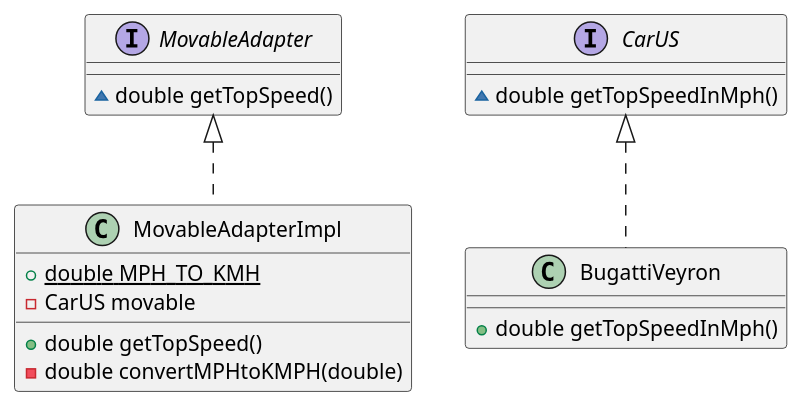
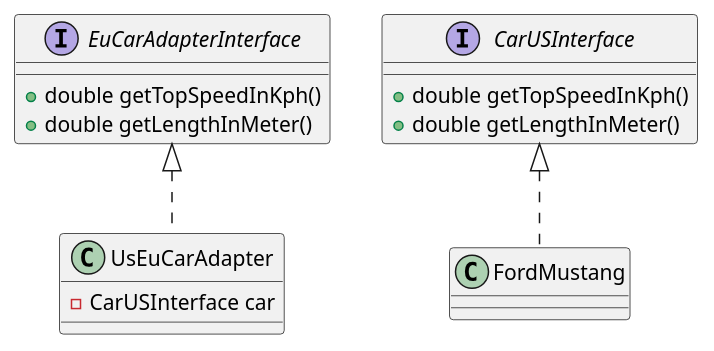
One commit to JonasHellgren/JavaBasics changed the diagram in out/production/java-fundamentals/java_design_patterns/A_adapter_pattern/ex_movable/movableUML.puml. Above: the diagram before and after it, drawn with PlantUML. The commit also changed 36 other files, not shown here.

```diff
--- a/out/production/java-fundamentals/java_design_patterns/A_adapter_pattern/ex_movable/movableUML.puml
+++ b/out/production/java-fundamentals/java_design_patterns/A_adapter_pattern/ex_movable/movableUML.puml
@@ -1,21 +1,23 @@
 @startuml
-class MovableAdapterImpl {
-+ {static} double MPH_TO_KMH
-- CarUS movable
-+ double getTopSpeed()
-- double convertMPHtoKMPH(double)
+class UsEuCarAdapter {
+- CarUSInterface car
+
 }
-interface CarUS {
-~ double getTopSpeedInMph()
+interface CarUSInterface {
++ double getTopSpeedInKph()
++ double getLengthInMeter()
 }
-interface MovableAdapter {
-~ double getTopSpeed()
+
+interface EuCarAdapterInterface {
++ double getTopSpeedInKph()
++ double getLengthInMeter()
 }
-class BugattiVeyron {
-+ double getTopSpeedInMph()
+
+class FordMustang {
+
 }
 
 
-MovableAdapter <|.. MovableAdapterImpl
-CarUS <|.. BugattiVeyron
+EuCarAdapterInterface <|.. UsEuCarAdapter
+CarUSInterface <|.. FordMustang
 @enduml
```
